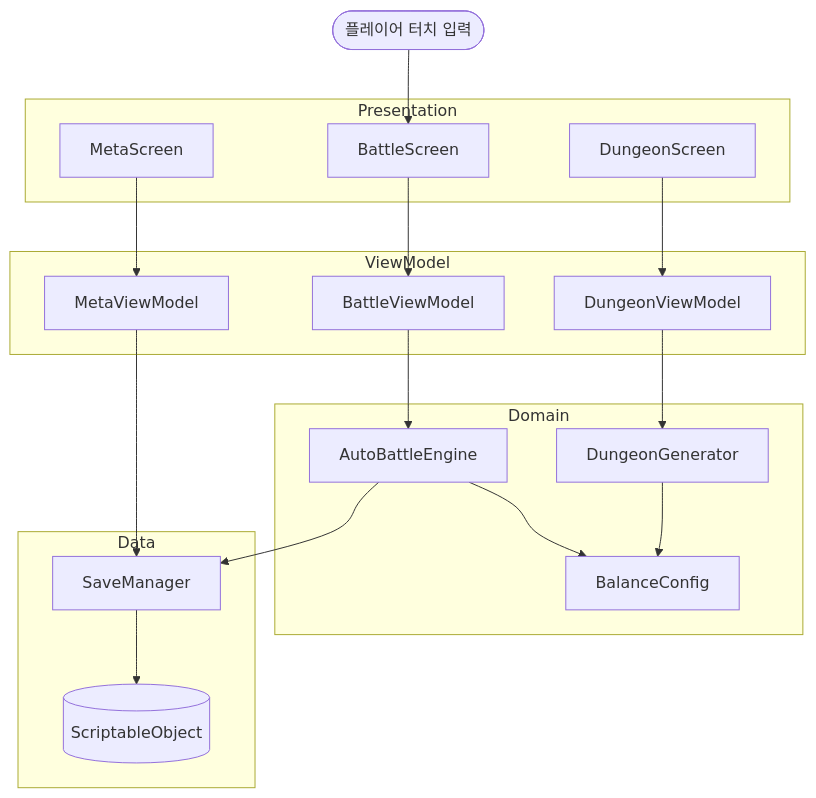
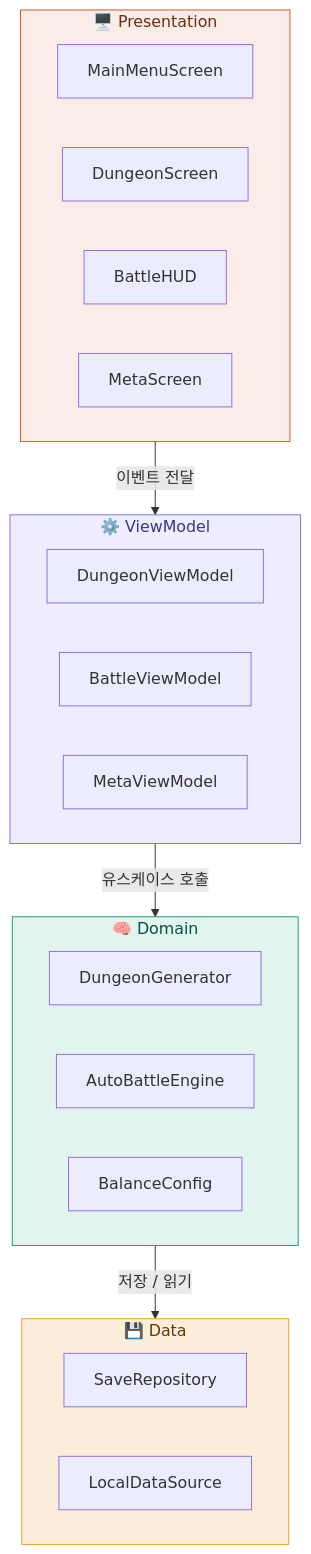
Before and after one commit to zookid123/Team-project-: the first of 2 diagrams in docs/architecture.md, drawn with Mermaid. The commit also changed other lines of this file and 5 other files, not shown here.

````diff
--- a/docs/architecture.md
+++ b/docs/architecture.md
@@ -26,41 +19,39 @@
 ```mermaid
 flowchart TD
-    Player([플레이어 터치 입력])
-
-    subgraph Presentation
-        BS[BattleScreen]
-        DS[DungeonScreen]
-        MS[MetaScreen]
+    subgraph P["🖥️ Presentation"]
+        direction LR
+        S1[MainMenuScreen]
+        S2[DungeonScreen]
+        S3[BattleHUD]
+        S4[MetaScreen]
     end
 
-    subgraph ViewModel
-        BVM[BattleViewModel]
-        DVM[DungeonViewModel]
-        MVM[MetaViewModel]
+    subgraph VM["⚙️ ViewModel"]
+        direction LR
+        V1[DungeonViewModel]
+        V2[BattleViewModel]
+        V3[MetaViewModel]
     end
 
-    subgraph Domain
-        ABE[AutoBattleEngine]
-        DG[DungeonGenerator]
-        BC[BalanceConfig]
+    subgraph D["🧠 Domain"]
+        direction LR
+        D1[DungeonGenerator]
+        D2[AutoBattleEngine]
+        D3[BalanceConfig]
     end
 
-    subgraph Data
-        SM[SaveManager]
-        SO[(ScriptableObject)]
+    subgraph DA["💾 Data"]
+        direction LR
+        DA1[SaveRepository]
+        DA2[LocalDataSource]
     end
 
-    Player --> BS
-    BS --> BVM
-    DS --> DVM
-    MS --> MVM
+    P  -->|"이벤트 전달"| VM
+    VM -->|"유스케이스 호출"| D
+    D  -->|"저장 / 읽기"| DA
 
-    BVM --> ABE
-    DVM --> DG
-    MVM --> SM
-
-    ABE --> BC
-    DG --> BC
-    ABE --> SM
-    SM --> SO
+    style P  fill:#FAECE7,stroke:#D85A30,color:#712B13
+    style VM fill:#EEEDFE,stroke:#7F77DD,color:#3C3489
+    style D  fill:#E1F5EE,stroke:#1D9E75,color:#085041
+    style DA fill:#FAEEDA,stroke:#EF9F27,color:#633806
 ```
````
